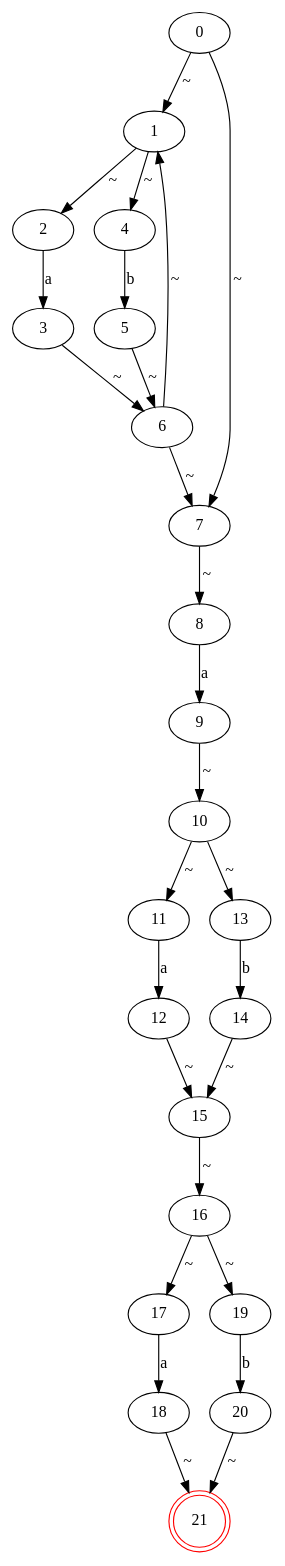
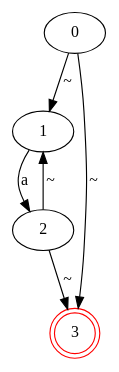
One commit to JameyWoo/re2graph changed the diagram in tmp/test_nfa.dot. Above: the diagram before and after it, drawn with Graphviz. The commit also changed 10 other files, not shown here.

```diff
--- a/tmp/test_nfa.dot
+++ b/tmp/test_nfa.dot
@@ -1,50 +1,11 @@
 digraph {
 	0 [label="0"]
 	1 [label="1"]
 	2 [label="2"]
-	3 [label="3"]
-	4 [label="4"]
-	5 [label="5"]
-	6 [label="6"]
-	7 [label="7"]
-	8 [label="8"]
-	9 [label="9"]
-	10 [label="10"]
-	11 [label="11"]
-	12 [label="12"]
-	13 [label="13"]
-	14 [label="14"]
-	15 [label="15"]
-	16 [label="16"]
-	17 [label="17"]
-	18 [label="18"]
-	19 [label="19"]
-	20 [label="20"]
-	21 [label="21" color=red shape=doublecircle]
+	3 [label="3" color=red shape=doublecircle]
 	0 -> 1 [label="~"]
-	0 -> 7 [label="~"]
-	1 -> 2 [label="~"]
-	1 -> 4 [label="~"]
-	2 -> 3 [label="a"]
-	3 -> 6 [label="~"]
-	4 -> 5 [label="b"]
-	5 -> 6 [label="~"]
-	6 -> 1 [label="~"]
-	6 -> 7 [label="~"]
-	7 -> 8 [label="~"]
-	8 -> 9 [label="a"]
-	9 -> 10 [label="~"]
-	10 -> 11 [label="~"]
-	10 -> 13 [label="~"]
-	11 -> 12 [label="a"]
-	12 -> 15 [label="~"]
-	13 -> 14 [label="b"]
-	14 -> 15 [label="~"]
-	15 -> 16 [label="~"]
-	16 -> 17 [label="~"]
-	16 -> 19 [label="~"]
-	17 -> 18 [label="a"]
-	18 -> 21 [label="~"]
-	19 -> 20 [label="b"]
-	20 -> 21 [label="~"]
+	0 -> 3 [label="~"]
+	1 -> 2 [label="a"]
+	2 -> 1 [label="~"]
+	2 -> 3 [label="~"]
 }
```
